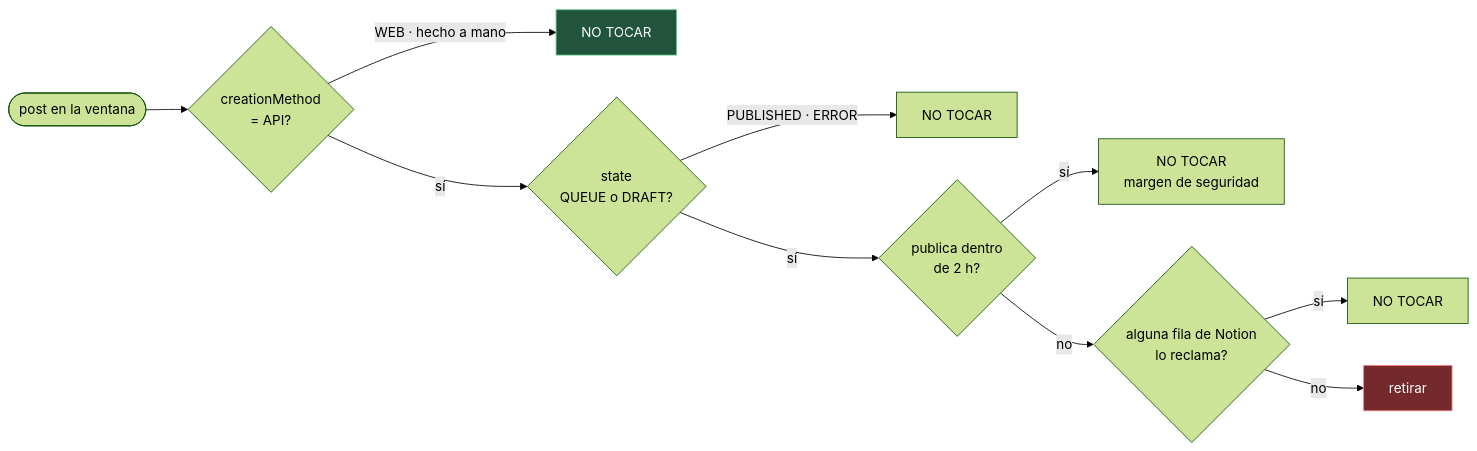
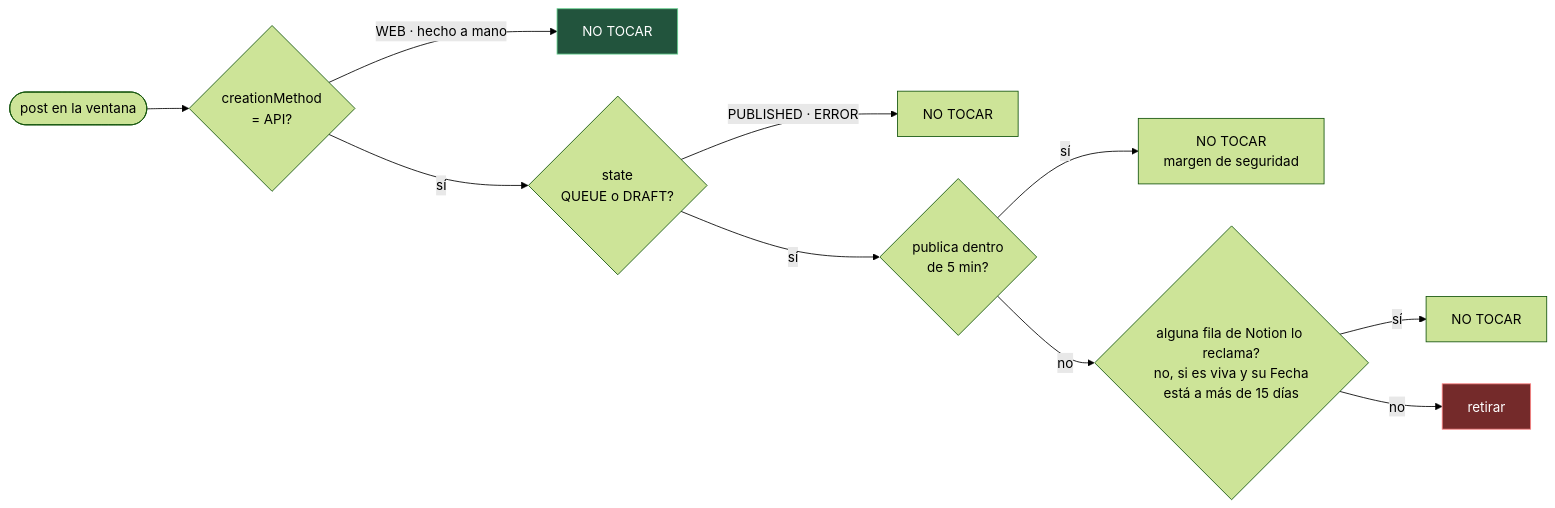
Before and after one commit to dustin-calderon/postiz-app: the sixth of 11 diagrams in docs/architecture/CONTENT_PIPELINE_DIAGRAMS.md, drawn with Mermaid (forest theme). The commit also changed other lines of this file and 2 other files, not shown here.

First line of the commit message:
fix(pipeline): una pieza aplazada no sale en la fecha vieja, ninguna fila con la fecha pasada se queda muda y otras láminas no publican las viejas

````diff
--- a/docs/architecture/CONTENT_PIPELINE_DIAGRAMS.md
+++ b/docs/architecture/CONTENT_PIPELINE_DIAGRAMS.md
@@ -232,15 +231,15 @@
 ```mermaid
 flowchart LR
     P(["post en la ventana"]) --> F1{"creationMethod<br/>= API?"}
     F1 -->|"WEB · hecho a mano"| S1["NO TOCAR"]
     F1 -->|sí| F2{"state<br/>QUEUE o DRAFT?"}
     F2 -->|"PUBLISHED · ERROR"| S2["NO TOCAR"]
-    F2 -->|sí| F3{"publica dentro<br/>de 2 h?"}
+    F2 -->|sí| F3{"publica dentro<br/>de 5 min?"}
     F3 -->|sí| S3["NO TOCAR<br/>margen de seguridad"]
-    F3 -->|no| F4{"alguna fila de Notion<br/>lo reclama?"}
+    F3 -->|no| F4{"alguna fila de Notion lo reclama?<br/>no, si es viva y su Fecha<br/>está a más de 15 días"}
     F4 -->|sí| S4["NO TOCAR"]
     F4 -->|no| DEL["retirar"]
 
     style S1 fill:#22543d,stroke:#68d391,color:#fff
     style DEL fill:#742a2a,stroke:#fc8181,color:#fff
 ```
````
